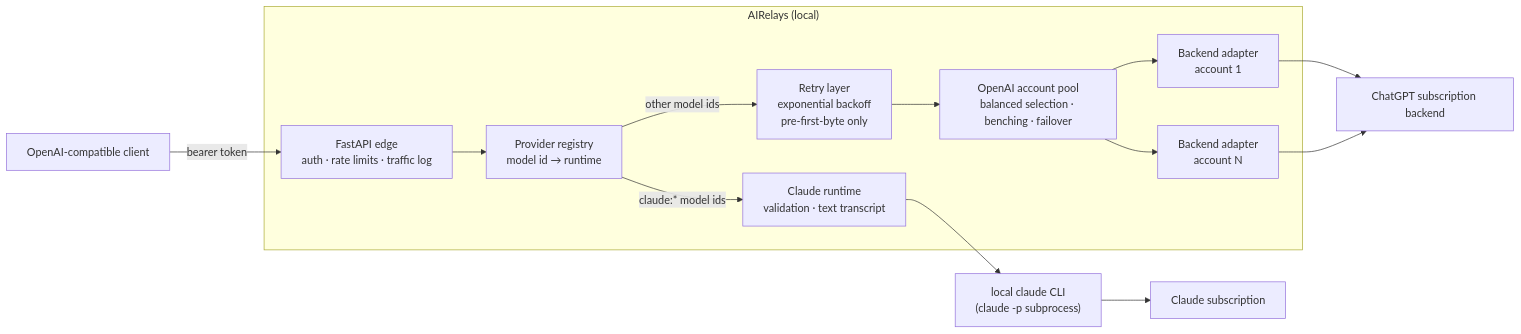
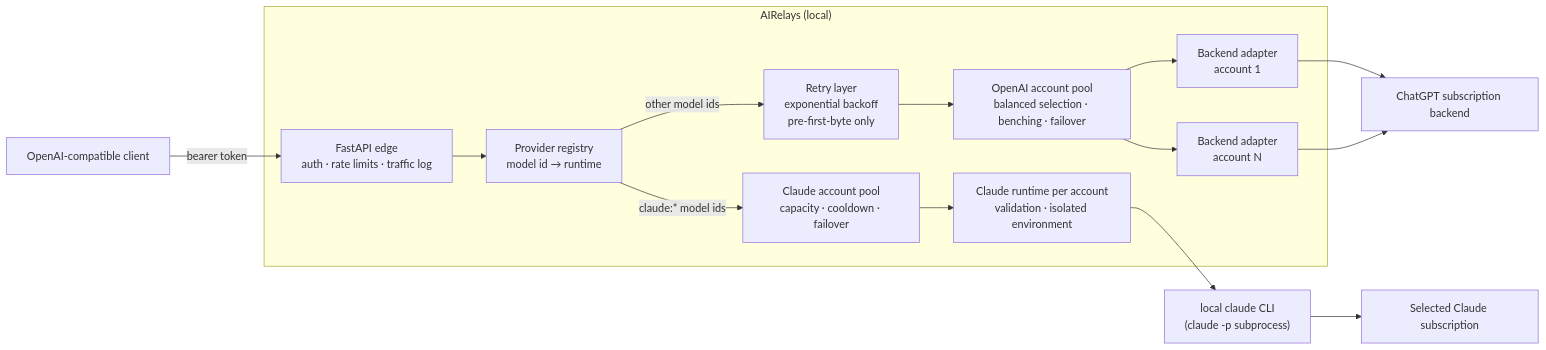
The first of 2 diagrams in docs/architecture.md (lpalbou/AIRelays), drawn with Mermaid before and after one commit. The commit also changed other lines of this file and 29 other files, not shown here.

````diff
--- a/docs/architecture.md
+++ b/docs/architecture.md
@@ -11,18 +12,19 @@
 ```mermaid
 flowchart LR
     Client["OpenAI-compatible client"] -->|"bearer token"| Edge
 
     subgraph Relay["AIRelays (local)"]
         Edge["FastAPI edge\nauth · rate limits · traffic log"] --> Registry["Provider registry\nmodel id → runtime"]
         Registry -->|"other model ids"| Retry["Retry layer\nexponential backoff\npre-first-byte only"]
         Retry --> Pool["OpenAI account pool\nbalanced selection · benching · failover"]
-        Registry -->|"claude:* model ids"| ClaudeRT["Claude runtime\nvalidation · text transcript"]
+        Registry -->|"claude:* model ids"| ClaudePool["Claude account pool\ncapacity · cooldown · failover"]
+        ClaudePool --> ClaudeRT["Claude runtime per account\nvalidation · isolated environment"]
         Pool --> B1["Backend adapter\naccount 1"]
         Pool --> B2["Backend adapter\naccount N"]
     end
 
     B1 --> Upstream["ChatGPT subscription backend"]
     B2 --> Upstream
     ClaudeRT --> CLI["local claude CLI\n(claude -p subprocess)"]
-    CLI --> Anthropic["Claude subscription"]
+    CLI --> Anthropic["Selected Claude subscription"]
 ```
````
